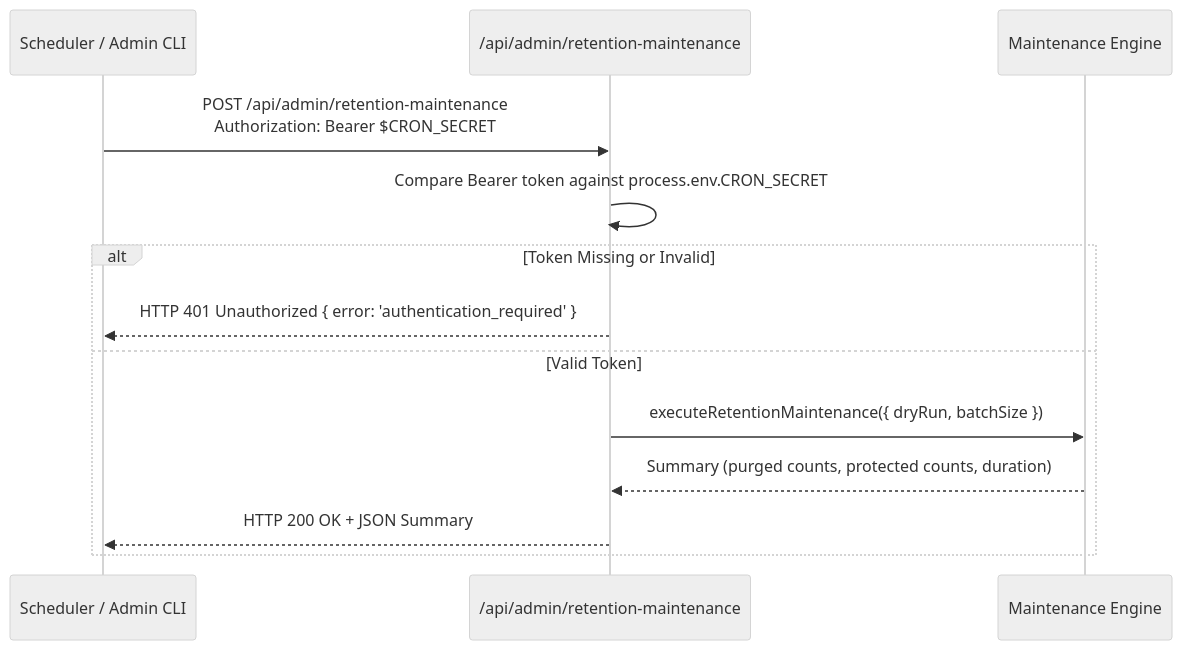
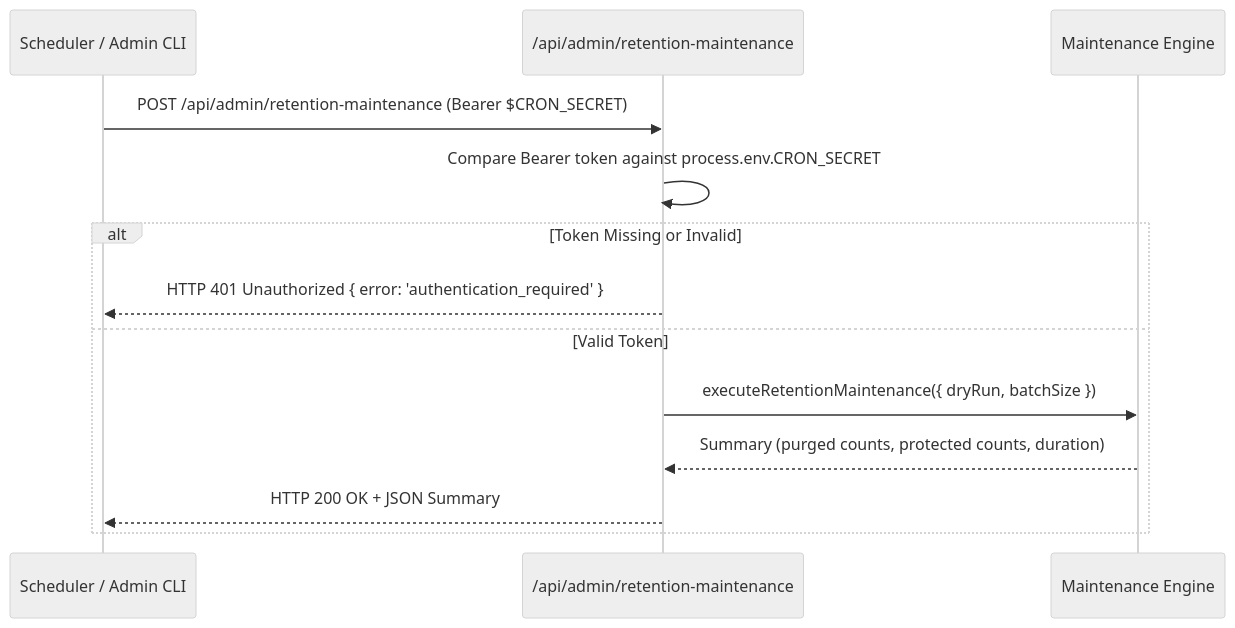
Before and after one commit to jsphhbna/egatepass: the second of 3 diagrams in docs/ENVIRONMENT_AND_CRON.md, drawn with Mermaid (neutral theme). The commit also changed other lines of this file and 12 other files, not shown here.

Commit message:
docs: fix Mermaid rendering and documentation drift

````diff
--- a/docs/ENVIRONMENT_AND_CRON.md
+++ b/docs/ENVIRONMENT_AND_CRON.md
@@ -78,17 +79,17 @@
 ```mermaid
 sequenceDiagram
     participant Caller as Scheduler / Admin CLI
     participant API as /api/admin/retention-maintenance
     participant Engine as Maintenance Engine
 
-    Caller->>API: POST /api/admin/retention-maintenance<br/>Authorization: Bearer $CRON_SECRET
+    Caller->>API: POST /api/admin/retention-maintenance (Bearer $CRON_SECRET)
     API->>API: Compare Bearer token against process.env.CRON_SECRET
 
     alt Token Missing or Invalid
         API-->>Caller: HTTP 401 Unauthorized { error: 'authentication_required' }
     else Valid Token
         API->>Engine: executeRetentionMaintenance({ dryRun, batchSize })
         Engine-->>API: Summary (purged counts, protected counts, duration)
         API-->>Caller: HTTP 200 OK + JSON Summary
     end
 ```
````
